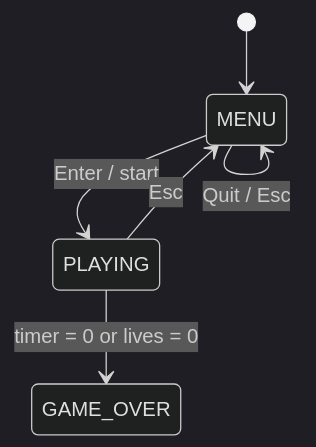
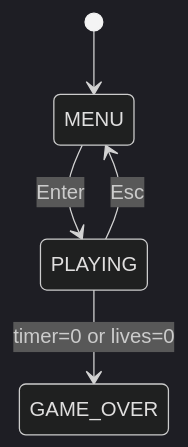
The second of 3 diagrams in README.md (PSLSbb/gamegame), drawn with Mermaid (dark theme) before and after one commit. The commit also changed other lines of this file and 3 other files, not shown here.

````diff
--- a/README.md
+++ b/README.md
@@ -217,8 +93,7 @@
 ```mermaid
 stateDiagram-v2
     [*] --> MENU
-    MENU --> PLAYING : Enter / start
-    MENU --> MENU : Quit / Esc
-    PLAYING --> GAME_OVER : timer = 0 or lives = 0
+    MENU --> PLAYING : Enter
+    PLAYING --> GAME_OVER : timer=0 or lives=0
     PLAYING --> MENU : Esc
 ```
````
